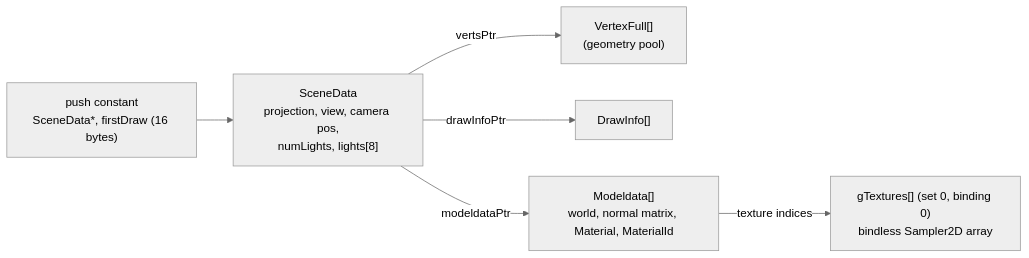
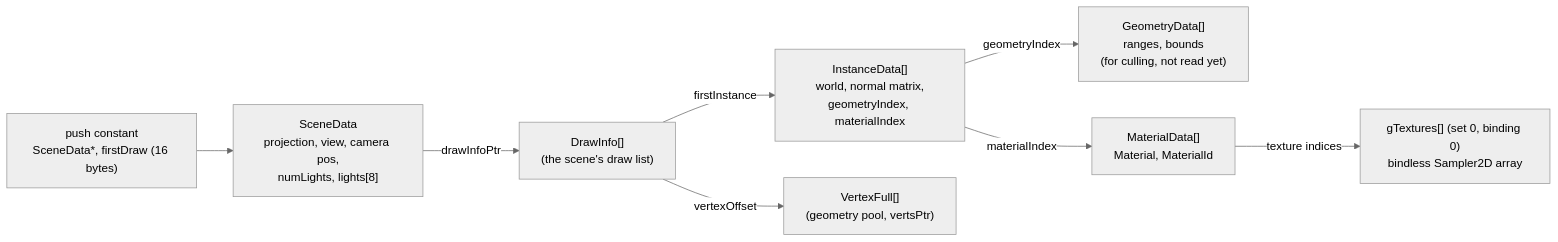
Before and after one commit to adel-elmala/rasm: the third of 3 diagrams in docs/architecture.md, drawn with Mermaid (neutral theme). The commit also changed other lines of this file and 48 other files, not shown here.

````diff
--- a/docs/architecture.md
+++ b/docs/architecture.md
@@ -149,8 +159,10 @@
 ```mermaid
 flowchart LR
     PC["push constant<br/>SceneData*, firstDraw (16 bytes)"] --> SD["SceneData<br/>projection, view, camera pos,<br/>numLights, lights[8]"]
-    SD -- vertsPtr --> V["VertexFull[]<br/>(geometry pool)"]
-    SD -- drawInfoPtr --> DI["DrawInfo[]"]
-    SD -- modeldataPtr --> MD["Modeldata[]<br/>world, normal matrix, Material, MaterialId"]
+    SD -- drawInfoPtr --> DI["DrawInfo[]<br/>(the scene's draw list)"]
+    DI -- firstInstance --> ID["InstanceData[]<br/>world, normal matrix,<br/>geometryIndex, materialIndex"]
+    DI -- vertexOffset --> V["VertexFull[]<br/>(geometry pool, vertsPtr)"]
+    ID -- geometryIndex --> GD["GeometryData[]<br/>ranges, bounds<br/>(for culling, not read yet)"]
+    ID -- materialIndex --> MD["MaterialData[]<br/>Material, MaterialId"]
     MD -- texture indices --> T["gTextures[] (set 0, binding 0)<br/>bindless Sampler2D array"]
 ```
````
